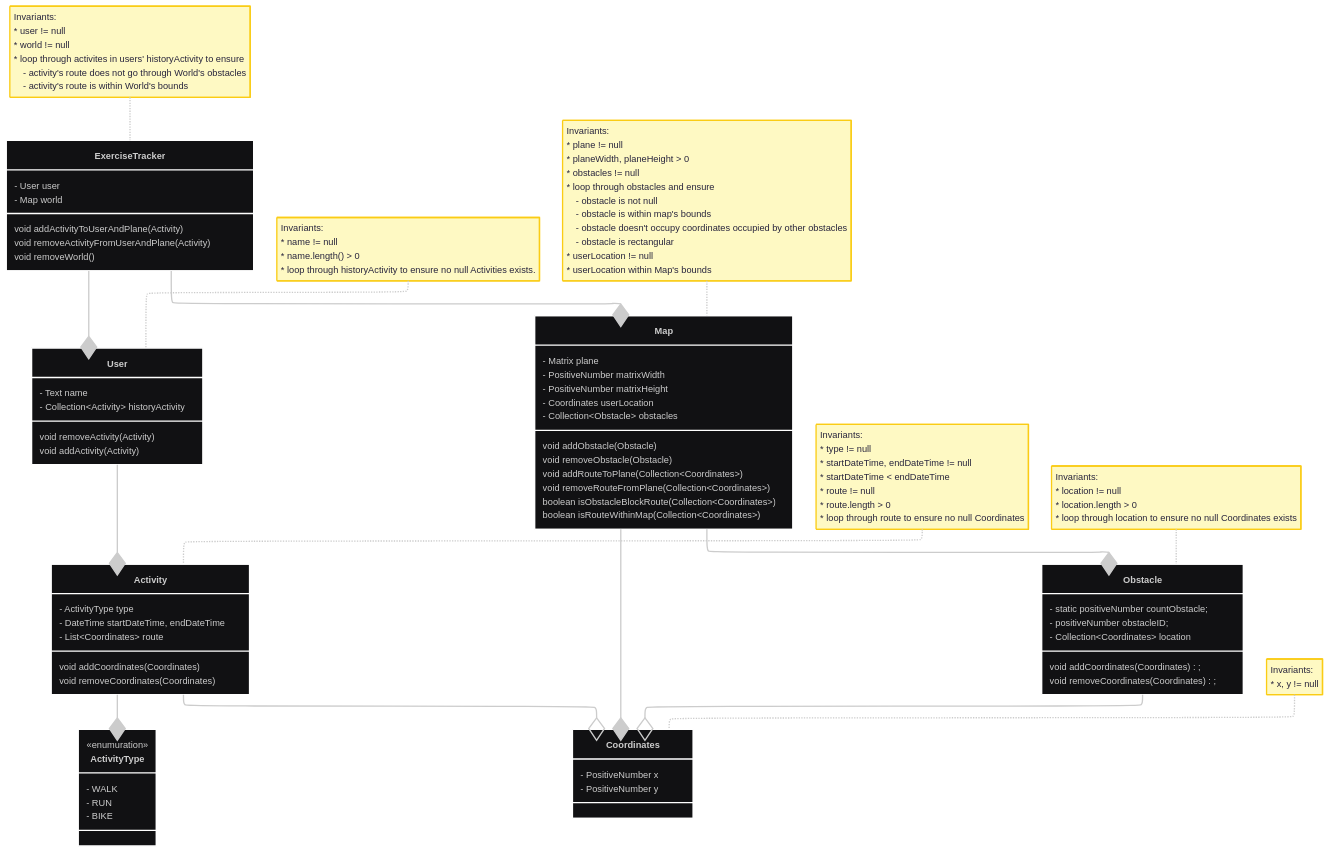
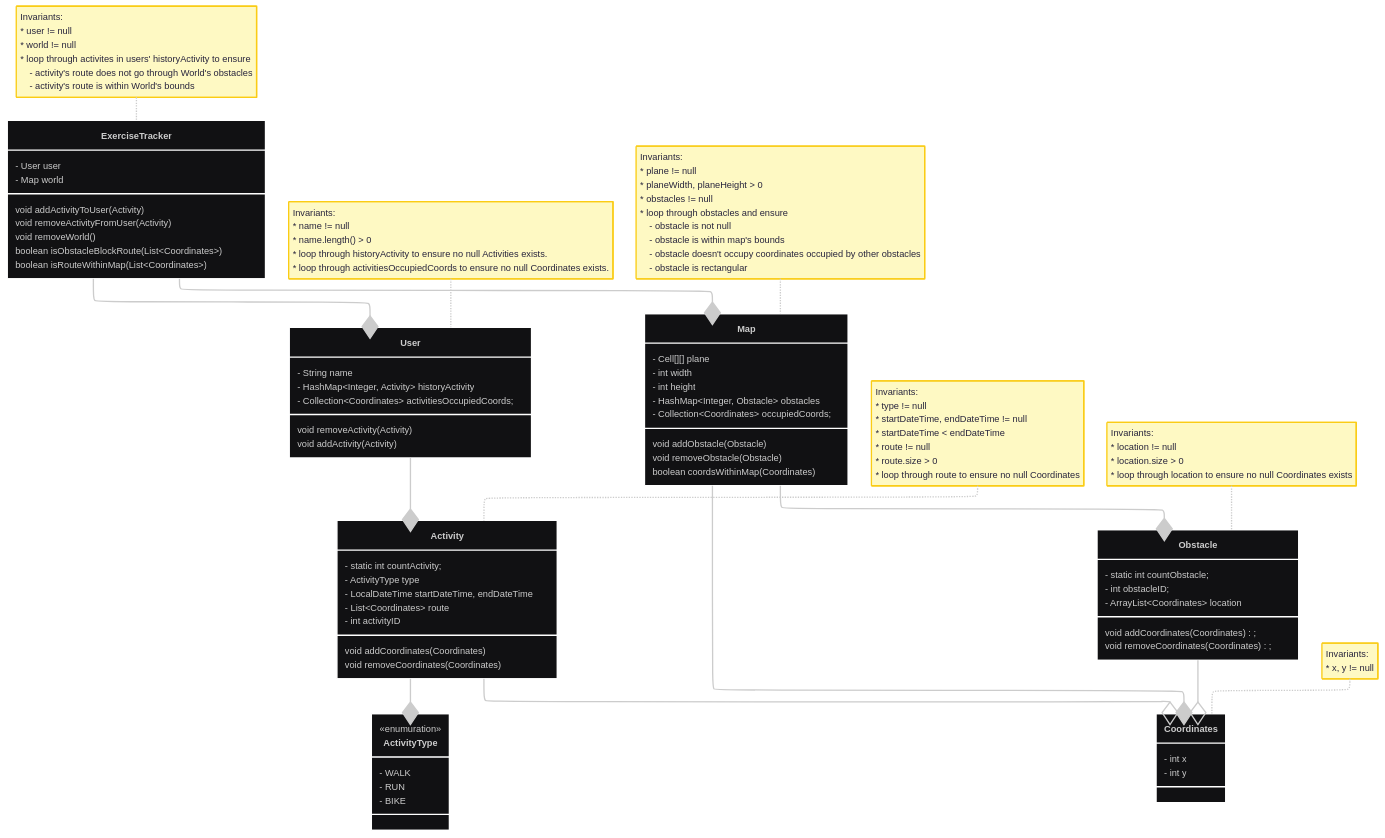
The diagram in README.MD (yudil-dev/Kudh), drawn with Mermaid before and after one commit. The commit also changed other lines of this file and 9 other files, not shown here.

```diff
--- a/README.MD
+++ b/README.MD
@@ -77,22 +77,28 @@
     class ExerciseTracker {
         - User user
         - Map world
-        void addActivityToUserAndPlane(Activity)
-        void removeActivityFromUserAndPlane(Activity)
+        void addActivityToUser(Activity)
+        void removeActivityFromUser(Activity)
         void removeWorld()
+        boolean isObstacleBlockRoute(List~Coordinates~)
+        boolean isRouteWithinMap(List~Coordinates~)
     }
 
     class User {
-        - Text name
-        - Collection~Activity~ historyActivity
+        - String name
+        - HashMap~Integer, Activity~ historyActivity
+        - Collection~Coordinates~ activitiesOccupiedCoords;
+
         void removeActivity(Activity)
         void addActivity(Activity)
     }
 
     class Activity {
+        - static int countActivity;
         - ActivityType type
-        - DateTime startDateTime, endDateTime
+        - LocalDateTime startDateTime, endDateTime
         - List~Coordinates~ route
+        - int activityID
         void addCoordinates(Coordinates)
         void removeCoordinates(Coordinates)
     }
@@ -104,30 +110,31 @@
     }
 
     class Map {
-        - Matrix plane
-        - PositiveNumber matrixWidth
-        - PositiveNumber matrixHeight
-        - Coordinates userLocation
-        - Collection~Obstacle~ obstacles
+        - Cell[][] plane
+        - int width
+        - int height
+
+        - HashMap~Integer, Obstacle~ obstacles
+        - Collection~Coordinates~ occupiedCoords;
+
         void addObstacle(Obstacle)
         void removeObstacle(Obstacle)
-        void addRouteToPlane(Collection~Coordinates~)
-        void removeRouteFromPlane(Collection~Coordinates~)
-        boolean isObstacleBlockRoute(Collection~Coordinates~)
-        boolean isRouteWithinMap(Collection~Coordinates~)
+
+        boolean coordsWithinMap(Coordinates)
+
     }
 
     class Obstacle {
-        - static positiveNumber countObstacle;
-        - positiveNumber obstacleID;
-        - Collection~Coordinates~ location
+        - static int countObstacle;
+        - int obstacleID;
+        - ArrayList~Coordinates~ location
         void addCoordinates(Coordinates) ;
         void removeCoordinates(Coordinates) ;
     }
 
     class Coordinates {
-        - PositiveNumber x
-        - PositiveNumber y
+        - int x
+        - int y
     }
 
     <<enumuration>> ActivityType
@@ -144,13 +151,14 @@
         * name != null
         * name.length() > 0
         * loop through historyActivity to ensure no null Activities exists.
+        * loop through activitiesOccupiedCoords to ensure no null Coordinates exists.
     "
     note for Activity "Invariants:
         * type != null
         * startDateTime, endDateTime != null
         * startDateTime &lt; endDateTime
         * route != null
-        * route.length > 0
+        * route.size > 0
         * loop through route to ensure no null Coordinates
         "
     note for Map "Invariants:
@@ -162,12 +170,10 @@
         &emsp;- obstacle is within map's bounds
         &emsp;- obstacle doesn't occupy coordinates occupied by other obstacles
         &emsp;- obstacle is rectangular
-        * userLocation != null
-        * userLocation within Map's bounds
     "
     note for Obstacle "Invariants:
         * location != null
-        * location.length > 0
+        * location.size > 0
         * loop through location to ensure no null Coordinates exists
     "
     note for Coordinates "Invariants:
```
